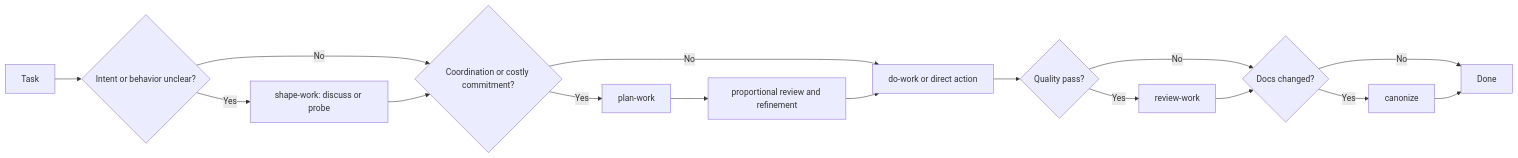
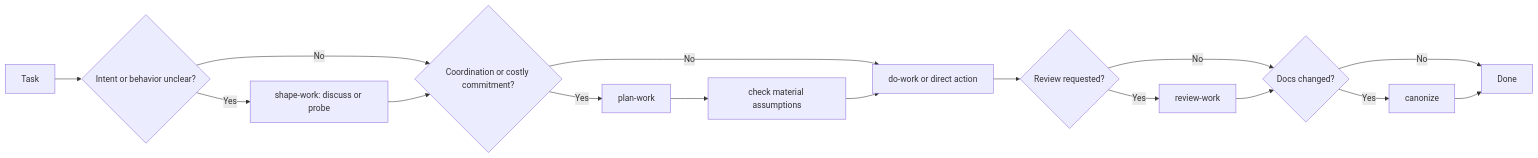
One commit to morochena/skills changed the diagram in README.md. Above: the diagram before and after it, drawn with Mermaid. The commit also changed other lines of this file and 8 other files, not shown here.

````diff
--- a/README.md
+++ b/README.md
@@ -139,18 +139,18 @@
 ```mermaid
 flowchart LR
   A["Task"] --> U{"Intent or behavior unclear?"}
   U -->|"Yes"| SH["shape-work: discuss or probe"]
   U -->|"No"| C{"Coordination or costly commitment?"}
   SH --> C
   C -->|"Yes"| P["plan-work"]
   C -->|"No"| DW["do-work or direct action"]
-  P --> PR["proportional review and refinement"]
+  P --> PR["check material assumptions"]
   PR --> DW
-  DW --> R{"Quality pass?"}
+  DW --> R{"Review requested?"}
   R -->|"Yes"| RW["review-work"]
   R -->|"No"| DC{"Docs changed?"}
   RW --> DC
   DC -->|"Yes"| CZ["canonize"]
   DC -->|"No"| Done["Done"]
   CZ --> Done
 ```
````
